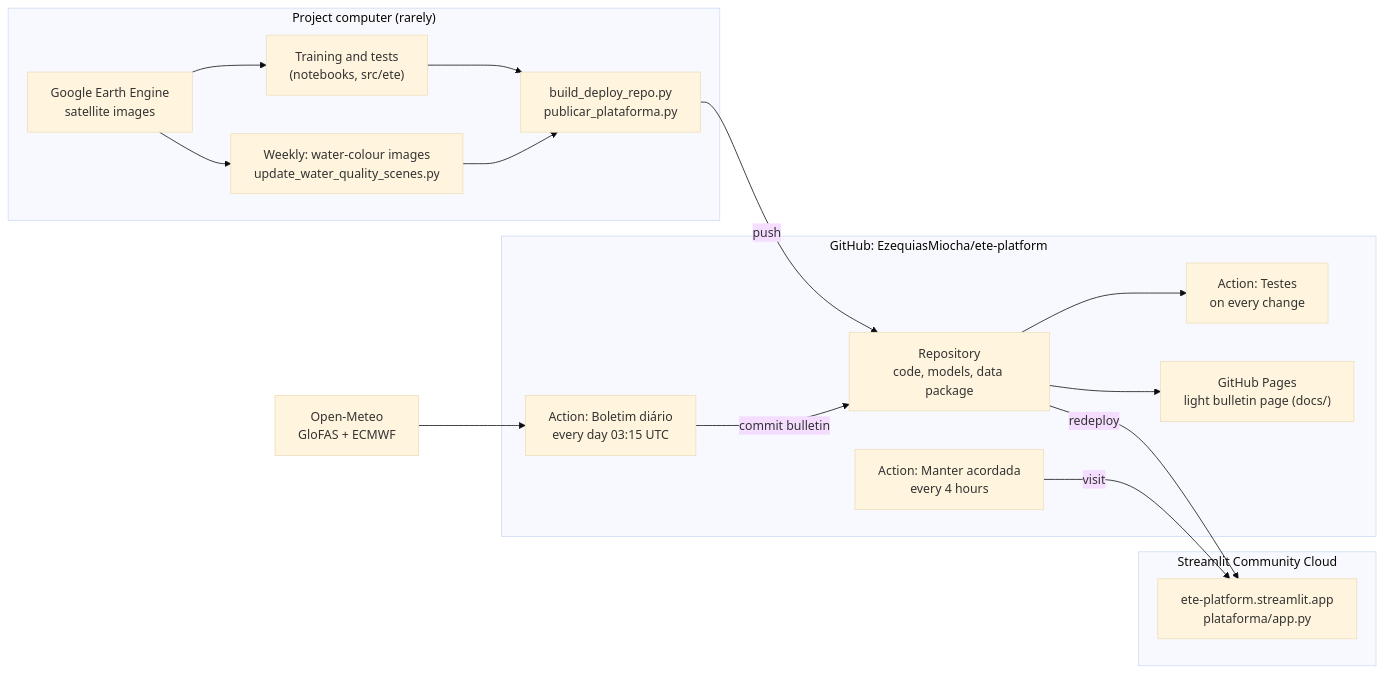
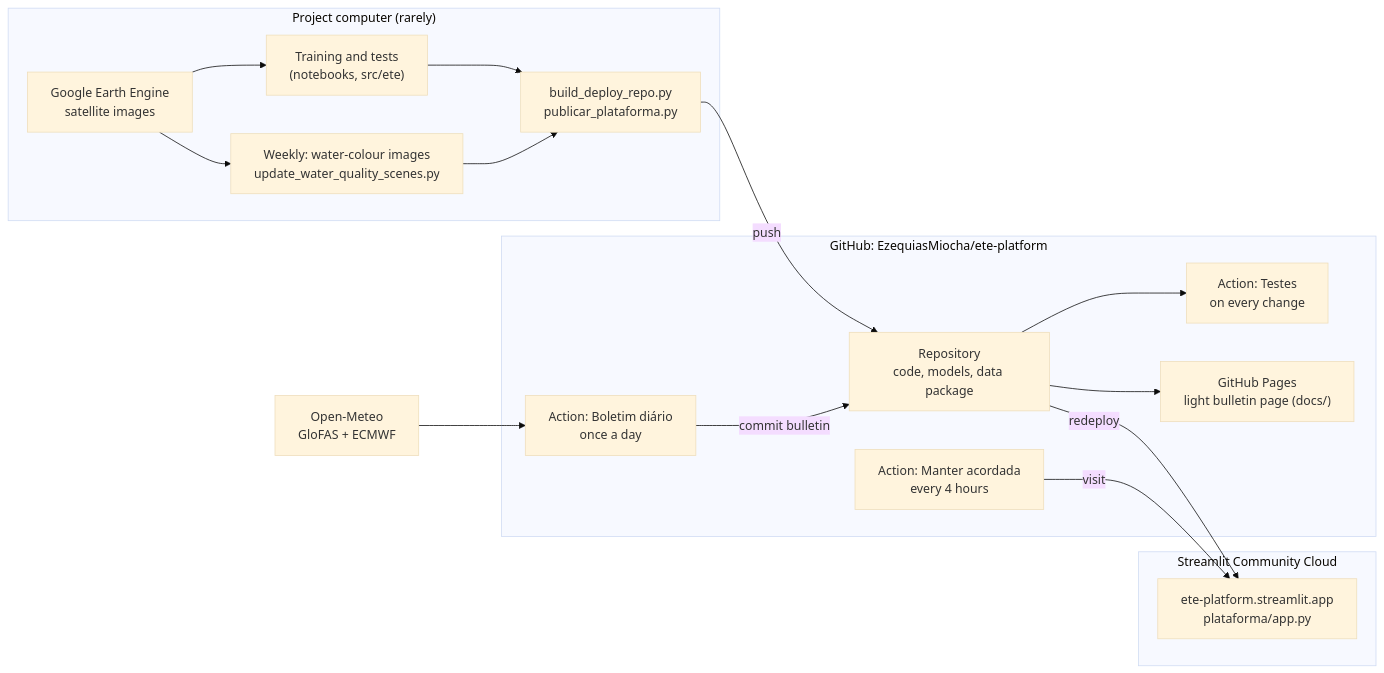
Before and after one commit to EzequiasMiocha/ete-platform: the diagram in documentation/08-platform-architecture.md, drawn with Mermaid (base theme). The commit also changed other lines of this file and 7 other files, not shown here.

Commit message:
Documentação: o boletim diário está marcado para as 03:15 UTC, mas o GitHub arranca-o horas depois; textos corrigidos

````diff
--- a/documentation/08-platform-architecture.md
+++ b/documentation/08-platform-architecture.md
@@ -11,29 +11,29 @@
 ```mermaid
 flowchart LR
     subgraph Laptop["Project computer (rarely)"]
         EE["Google Earth Engine<br/>satellite images"]
         TR["Training and tests<br/>(notebooks, src/ete)"]
         WQ["Weekly: water-colour images<br/>update_water_quality_scenes.py"]
         BD["build_deploy_repo.py<br/>publicar_plataforma.py"]
     end
     subgraph GitHub["GitHub: EzequiasMiocha/ete-platform"]
         REPO["Repository<br/>code, models, data package"]
-        A1["Action: Boletim diário<br/>every day 03:15 UTC"]
+        A1["Action: Boletim diário<br/>once a day"]
         A2["Action: Testes<br/>on every change"]
         A3["Action: Manter acordada<br/>every 4 hours"]
         PAGES["GitHub Pages<br/>light bulletin page (docs/)"]
     end
     subgraph Cloud["Streamlit Community Cloud"]
         APP["ete-platform.streamlit.app<br/>plataforma/app.py"]
     end
     OM["Open-Meteo<br/>GloFAS + ECMWF"]
     EE --> TR --> BD
     EE --> WQ --> BD
     BD -->|push| REPO
     OM --> A1
     A1 -->|commit bulletin| REPO
     REPO --> A2
     REPO --> PAGES
     REPO -->|redeploy| APP
     A3 -->|visit| APP
 ```
````
